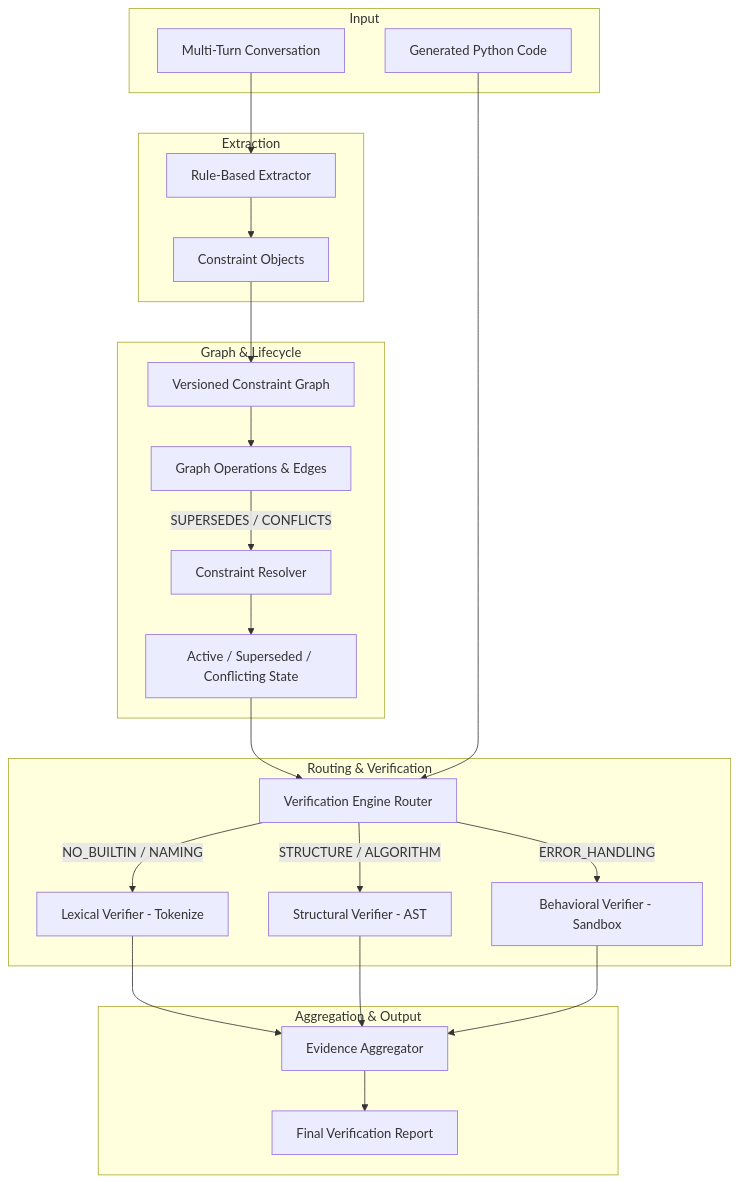
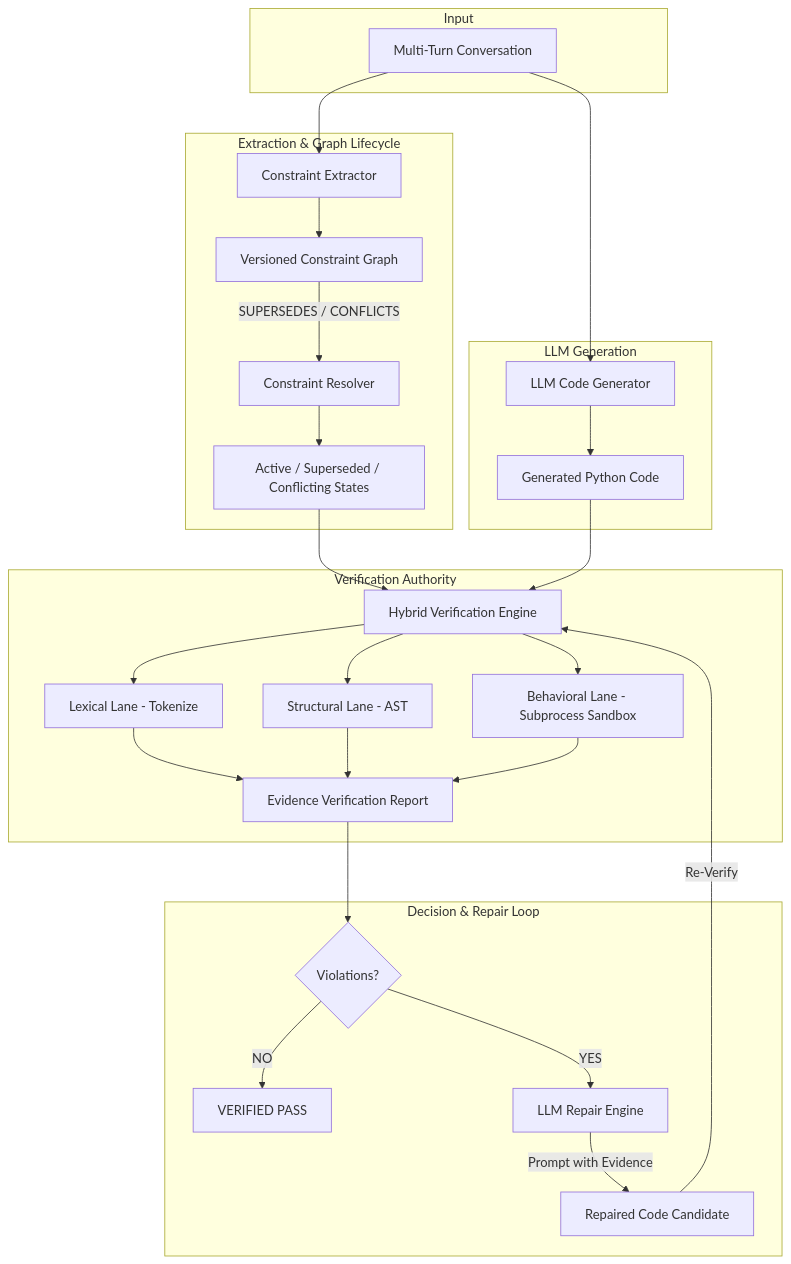
Before and after one commit to nordak005/HAKARTHON12: the diagram in docs/architecture.md, drawn with Mermaid. The commit also changed other lines of this file and 30 other files, not shown here.

Commit message:
feat: Add dynamic Groq model selection, resilience hardening, closed-loop repair engine & glassmorphic IDE interface

````diff
--- a/docs/architecture.md
+++ b/docs/architecture.md
@@ -6,34 +6,37 @@
 ```mermaid
 flowchart TD
     subgraph Input
         A[Multi-Turn Conversation]
-        Code[Generated Python Code]
     end
 
-    subgraph Extraction
-        A --> B[Rule-Based Extractor]
-        B --> C[Constraint Objects]
+    subgraph LLM Generation
+        A --> LLM_GEN[LLM Code Generator]
+        LLM_GEN --> Code[Generated Python Code]
     end
 
-    subgraph Graph & Lifecycle
-        C --> D[Versioned Constraint Graph]
-        D --> E[Graph Operations & Edges]
-        E -->|SUPERSEDES / CONFLICTS| F[Constraint Resolver]
-        F --> G[Active / Superseded / Conflicting State]
+    subgraph Extraction & Graph Lifecycle
+        A --> Extractor[Constraint Extractor]
+        Extractor --> VCG[Versioned Constraint Graph]
+        VCG -->|SUPERSEDES / CONFLICTS| Resolver[Constraint Resolver]
+        Resolver --> States[Active / Superseded / Conflicting States]
     end
 
-    subgraph Routing & Verification
-        G --> H[Verification Engine Router]
-        Code --> H
-        H -->|NO_BUILTIN / NAMING| I[Lexical Verifier - Tokenize]
-        H -->|STRUCTURE / ALGORITHM| J[Structural Verifier - AST]
-        H -->|ERROR_HANDLING| K[Behavioral Verifier - Sandbox]
+    subgraph Verification Authority
+        States --> VerifierEngine[Hybrid Verification Engine]
+        Code --> VerifierEngine
+        VerifierEngine --> Lexical[Lexical Lane - Tokenize]
+        VerifierEngine --> Structural[Structural Lane - AST]
+        VerifierEngine --> Behavioral[Behavioral Lane - Subprocess Sandbox]
+        Lexical --> Report[Evidence Verification Report]
+        Structural --> Report
+        Behavioral --> Report
     end
 
-    subgraph Aggregation & Output
-        I --> L[Evidence Aggregator]
-        J --> L
-        K --> L
-        L --> M[Final Verification Report]
+    subgraph Decision & Repair Loop
+        Report --> Decision{Violations?}
+        Decision -->|NO| Pass[VERIFIED PASS]
+        Decision -->|YES| RepairLLM[LLM Repair Engine]
+        RepairLLM -->|Prompt with Evidence| RepairedCode[Repaired Code Candidate]
+        RepairedCode -->|Re-Verify| VerifierEngine
     end
 ```
````
